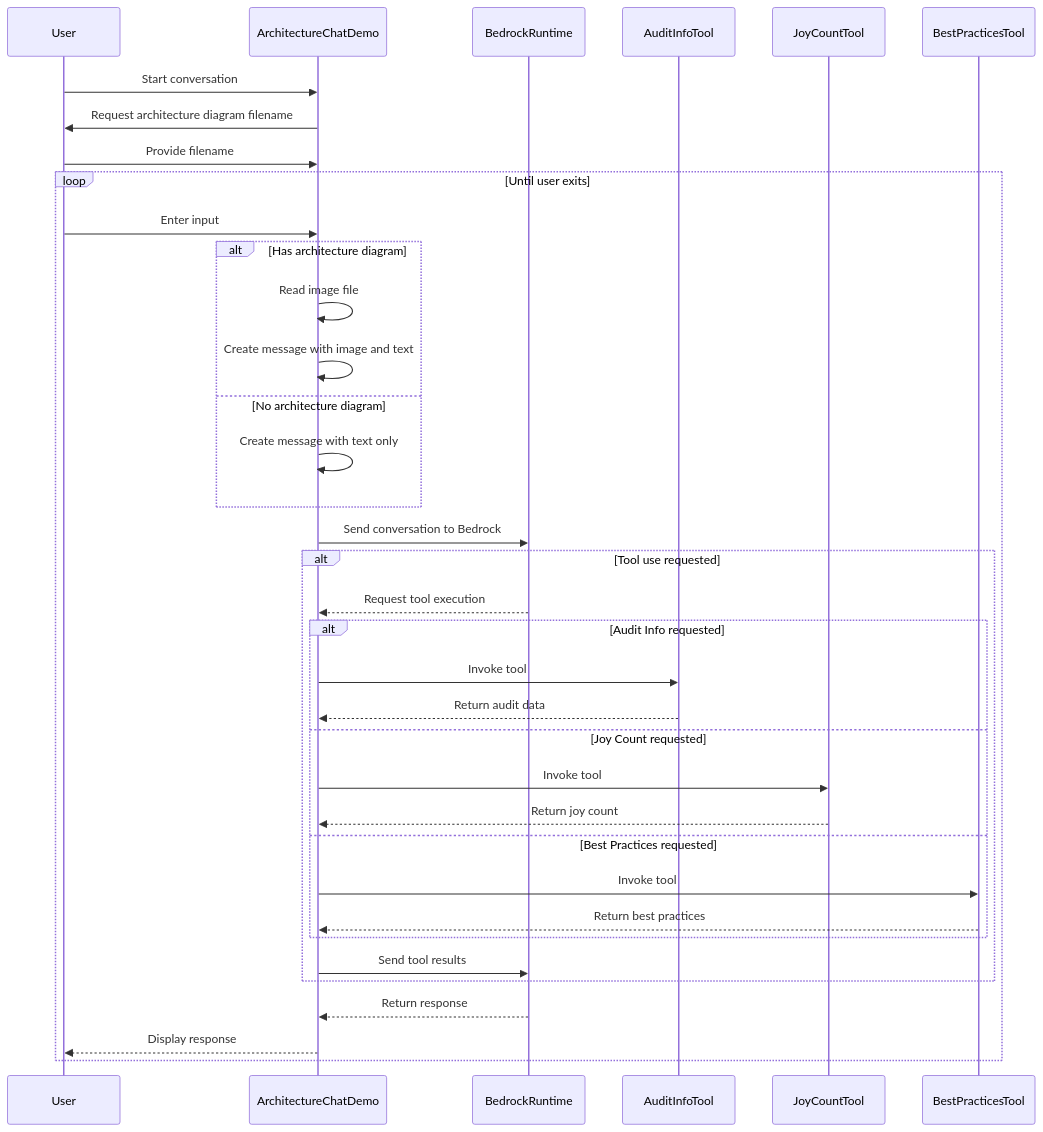
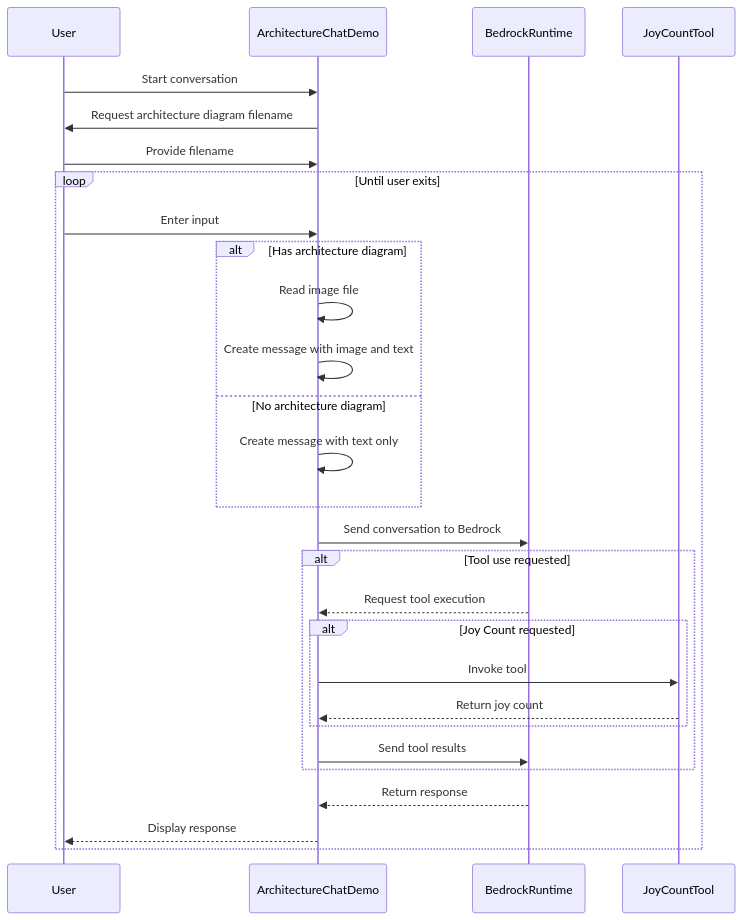
Before and after one commit to build-on-aws/conversation-with-your-architecture: the diagram in sequencediagram.mmd, drawn with Mermaid. The commit also changed 7 other files, not shown here.

```diff
--- a/sequencediagram.mmd
+++ b/sequencediagram.mmd
@@ -1,42 +1,34 @@
 sequenceDiagram
     participant User
     participant ArchitectureChatDemo
     participant BedrockRuntime
-    participant AuditInfoTool
     participant JoyCountTool
-    participant BestPracticesTool
 
     User->>ArchitectureChatDemo: Start conversation
     ArchitectureChatDemo->>User: Request architecture diagram filename
     User->>ArchitectureChatDemo: Provide filename
 
     loop Until user exits
         User->>ArchitectureChatDemo: Enter input
 
         alt Has architecture diagram
             ArchitectureChatDemo->>ArchitectureChatDemo: Read image file
             ArchitectureChatDemo->>ArchitectureChatDemo: Create message with image and text
         else No architecture diagram
             ArchitectureChatDemo->>ArchitectureChatDemo: Create message with text only
         end
 
         ArchitectureChatDemo->>BedrockRuntime: Send conversation to Bedrock
 
         alt Tool use requested
             BedrockRuntime-->>ArchitectureChatDemo: Request tool execution
-            alt Audit Info requested
-                ArchitectureChatDemo->>AuditInfoTool: Invoke tool
-                AuditInfoTool-->>ArchitectureChatDemo: Return audit data
-            else Joy Count requested
+            alt Joy Count requested
                 ArchitectureChatDemo->>JoyCountTool: Invoke tool
                 JoyCountTool-->>ArchitectureChatDemo: Return joy count
-            else Best Practices requested
-                ArchitectureChatDemo->>BestPracticesTool: Invoke tool
-                BestPracticesTool-->>ArchitectureChatDemo: Return best practices
             end
             ArchitectureChatDemo->>BedrockRuntime: Send tool results
         end
 
         BedrockRuntime-->>ArchitectureChatDemo: Return response
         ArchitectureChatDemo-->>User: Display response
     end
```
